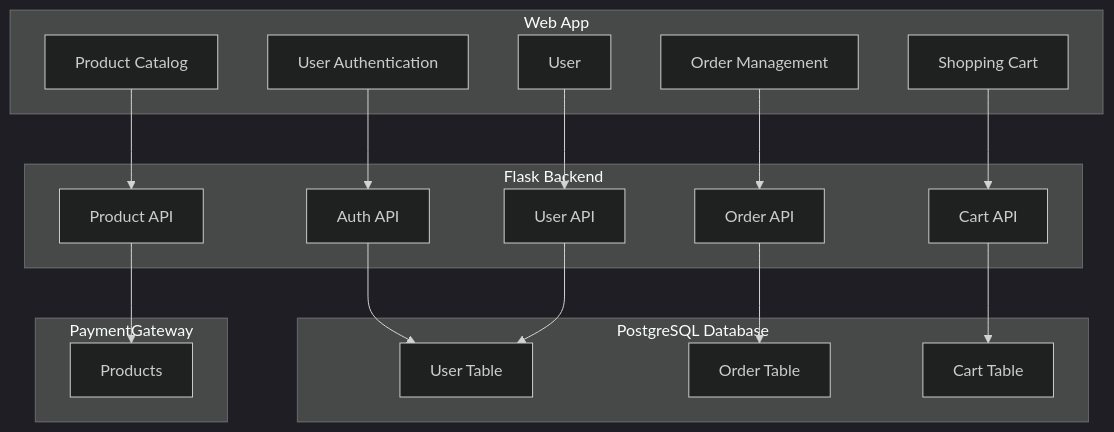
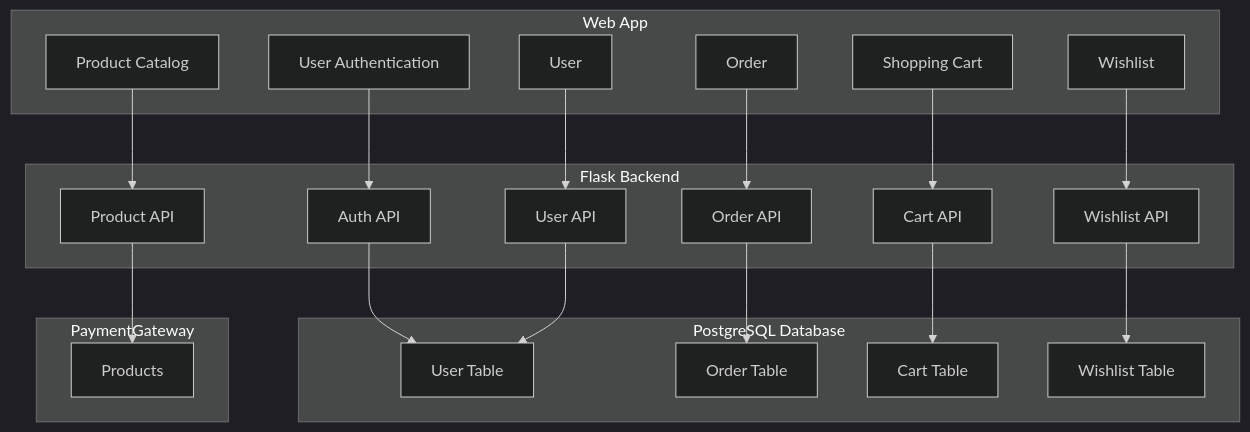
One commit to mariodujic/Marketplace-BE changed the diagram in README.md. Above: the diagram before and after it, drawn with Mermaid (dark theme).

````diff
--- a/README.md
+++ b/README.md
@@ -58,40 +58,45 @@
 ```mermaid
 graph TD;
     subgraph Web App
         Auth[User Authentication];
         Catalog[Product Catalog];
         Cart[Shopping Cart];
-        Order[Order Management];
+        Order[Order];
         User[User];
+        Wishlist[Wishlist];
     end
 
     subgraph Flask Backend
         AuthAPI[Auth API];
         ProductAPI[Product API];
         CartAPI[Cart API];
         OrderAPI[Order API];
         UserAPI[User API];
+        WishlistAPI[Wishlist API];
     end
 
     subgraph PostgreSQL Database
         UserTable[User Table];
         OrderTable[Order Table];
         CartTable[Cart Table];
+        WishlistTable[Wishlist Table];
     end
 
     subgraph PaymentGateway
         StripeProducts[Products];
     end
 
     Auth --> AuthAPI
     Catalog --> ProductAPI
     Cart --> CartAPI
     Order --> OrderAPI
     User --> UserAPI
+    Wishlist --> WishlistAPI
 
     AuthAPI --> UserTable
     ProductAPI --> StripeProducts
     CartAPI --> CartTable
     OrderAPI --> OrderTable
     UserAPI --> UserTable
+    WishlistAPI --> WishlistTable
 ```
````
